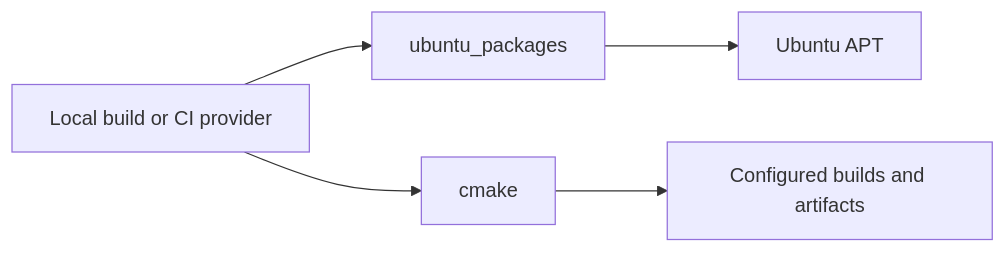
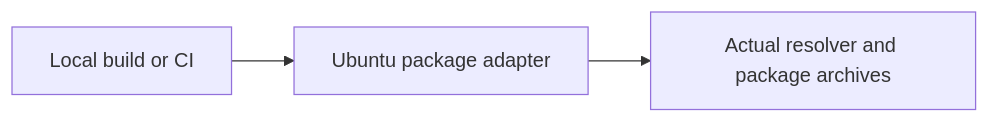
Before and after one commit to Vokerlee/wiola-player: the diagram in tools/build_environment/README.md, drawn with Mermaid. The commit also changed other lines of this file and 42 other files, not shown here.

Commit message:
scripts: fuse configured CMake inventory and build adapter

````diff
--- a/tools/build_environment/README.md
+++ b/tools/build_environment/README.md
@@ -5,7 +5,5 @@
 ```mermaid
 flowchart LR
-  Caller[Local build or CI provider] --> Ubuntu[ubuntu_packages]
-  Ubuntu --> APT[Ubuntu APT]
-  Caller --> CMake[cmake]
-  CMake --> Targets[Configured builds and artifacts]
+  Caller[Local build or CI] --> Packages[Ubuntu package adapter]
+  Packages --> APT[Actual resolver and package archives]
 ```
````
